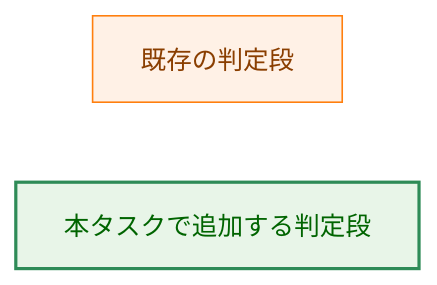
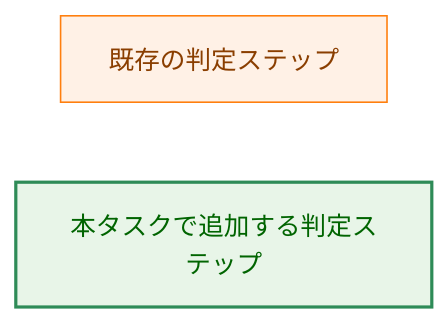
Before and after one commit to isseis/go-safe-cmd-runner: the tenth of 10 diagrams in docs/tasks/0135_rust_coreutils_support/02_architecture.md, drawn with Mermaid. The commit also changed other lines of this file, not shown here.

````diff
--- a/docs/tasks/0135_rust_coreutils_support/02_architecture.md
+++ b/docs/tasks/0135_rust_coreutils_support/02_architecture.md
@@ -425,11 +425,11 @@
 ```mermaid
 flowchart LR
     classDef process fill:#fff1e6,stroke:#ff7f0e,stroke-width:1px,color:#8a3e00;
     classDef enhanced fill:#e8f5e8,stroke:#2e8b57,stroke-width:2px,color:#006400;
 
-    P["既存の判定段"]
-    E["本タスクで追加する判定段"]
+    P["既存の判定ステップ"]
+    E["本タスクで追加する判定ステップ"]
 
     class P process
     class E enhanced
 ```
````
